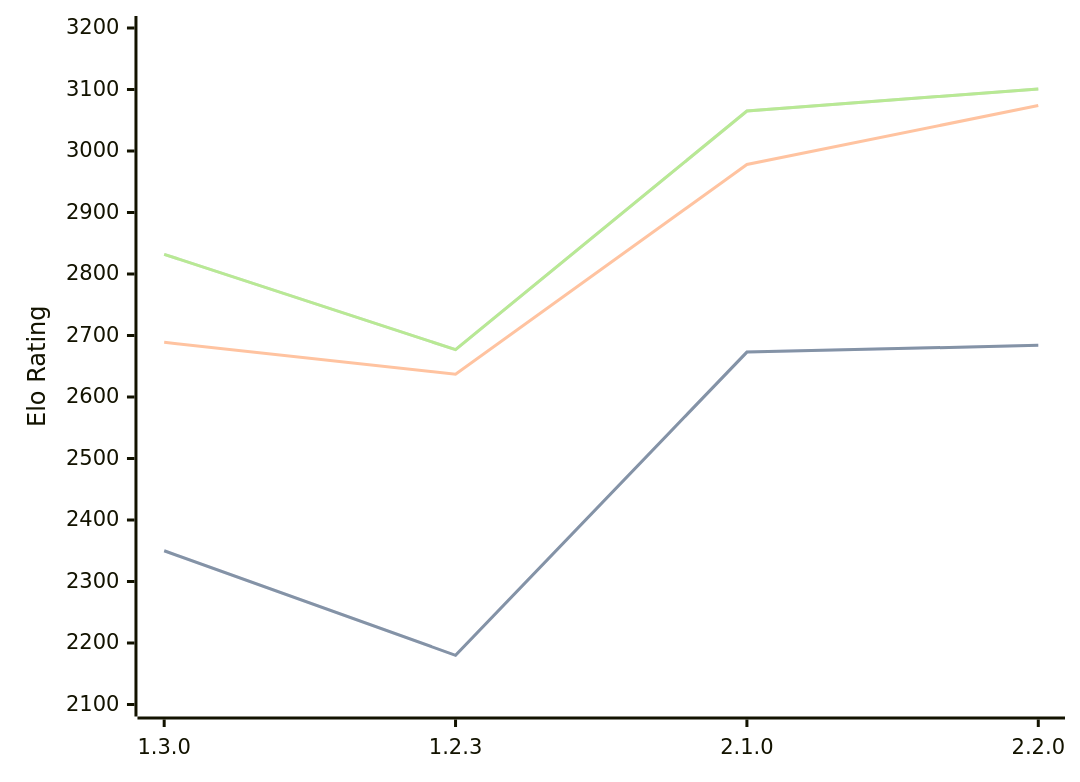
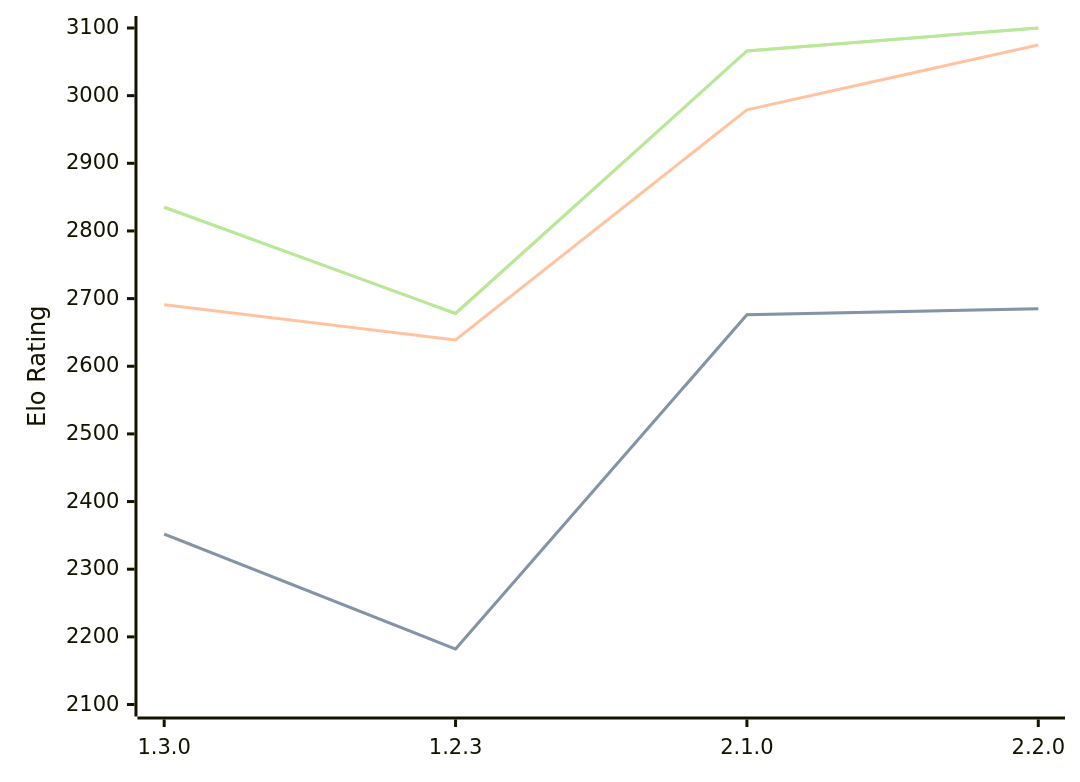
One commit to computer-chess-index/cci changed the diagram in engines/Aspen.md. Above: the diagram before and after it, drawn with Mermaid. The commit also changed other lines of this file, not shown here.

Commit message:
Update CCI Ratings (ELO VLTC) - 2026-08-09

````diff
--- a/engines/Aspen.md
+++ b/engines/Aspen.md
@@ -43,11 +43,11 @@
 ```mermaid
 %%{init: {"theme":"base","themeVariables":{"seriesColors:['#a3a3a3','#222221','#faa371']}}}%%
 xychart-beta
   x-axis ["1.3.0", "1.2.3", "2.1.0", "2.2.0"]
-  y-axis "Elo Rating" 2100 --> 3200
-  line "STC (8.0+0.08s)" [2350, 2180, 2673, 2684]
-  line "STC (8.0+0.08s)" [2350, 2180, 2673, 2684]
-  line "LTC (60.0+0.60s)" [2689, 2637, 2978, 3074]
-  line "VLTC (2m24s+1.12s)" [2832, 2677, 3065, 3101]
-  line "VLTC (2m24s+1.12s)" [2832, 2677, 3065, 3101]
+  y-axis "Elo Rating" 2100 --> 3100
+  line "STC (8.0+0.08s)" [2352, 2182, 2676, 2685]
+  line "STC (8.0+0.08s)" [2352, 2182, 2676, 2685]
+  line "LTC (60.0+0.60s)" [2691, 2639, 2979, 3075]
+  line "VLTC (2m24s+1.12s)" [2835, 2678, 3066, 3100]
+  line "VLTC (2m24s+1.12s)" [2835, 2678, 3066, 3100]
 ```
````
